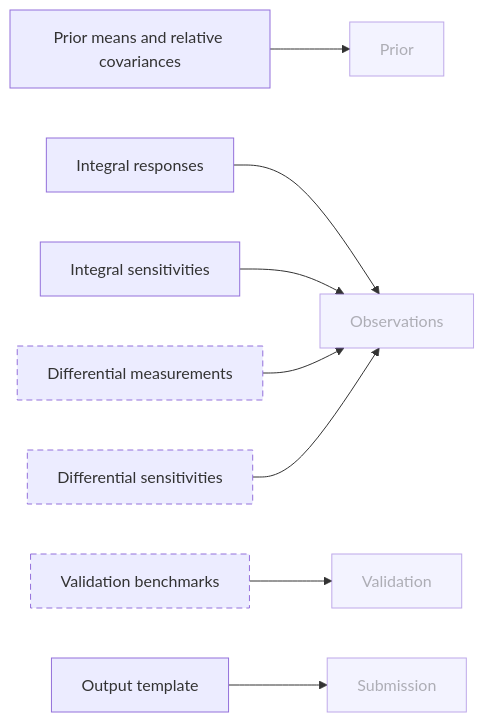
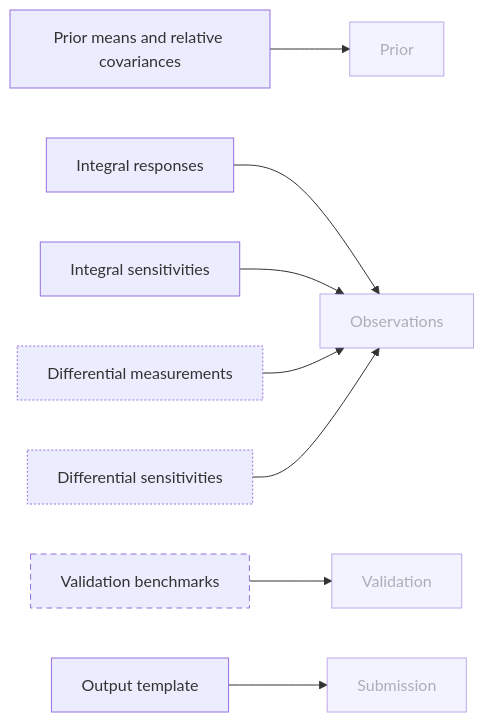
One commit to aurja130/WPEC_SG52 changed the second of 10 diagrams in DBC/CONCEPTS.md. Above: the diagram before and after it, drawn with Mermaid. The commit also changed other lines of this file and 12 other files, not shown here.

````diff
--- a/DBC/CONCEPTS.md
+++ b/DBC/CONCEPTS.md
@@ -90,23 +90,24 @@
 ```mermaid
 flowchart LR
   PriorCovariances["Prior means and relative covariances"]
   IntegralSet["Integral responses"]
   IntegralSensitivities["Integral sensitivities"]
   DifferentialSet["Differential measurements"]
   DifferentialSensitivities["Differential sensitivities"]
   ValidationSet["Validation benchmarks"]
   OutputTemplate["Output template"]
   Prior["Prior"]
   Observations["Observations"]
   Validation["Validation"]
   Submission["Submission"]
   PriorCovariances --> Prior
   IntegralSet & IntegralSensitivities & DifferentialSet & DifferentialSensitivities --> Observations
   ValidationSet --> Validation
   OutputTemplate --> Submission
   classDef planned stroke-dasharray: 6 4
   classDef partial stroke-dasharray: 2 2
   classDef external opacity: 0.6
-  class DifferentialSet,DifferentialSensitivities,ValidationSet planned
+  class DifferentialSet,DifferentialSensitivities partial
+  class ValidationSet planned
   class Prior,Observations,Validation,Submission external
 ```
````
